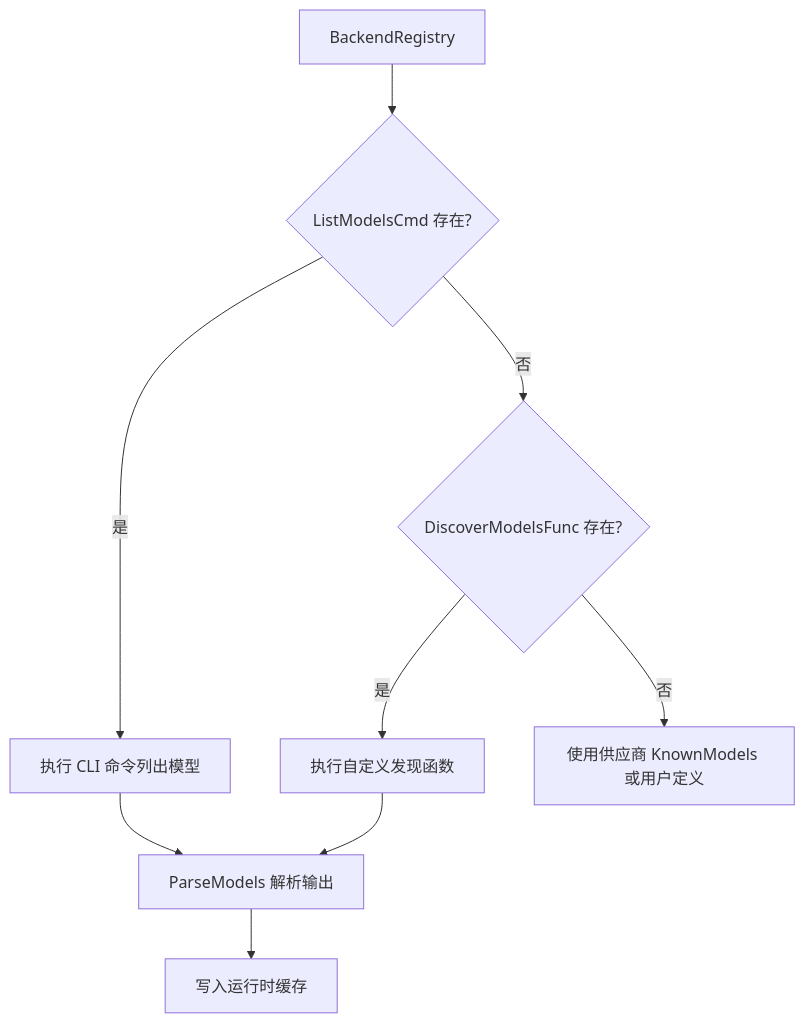
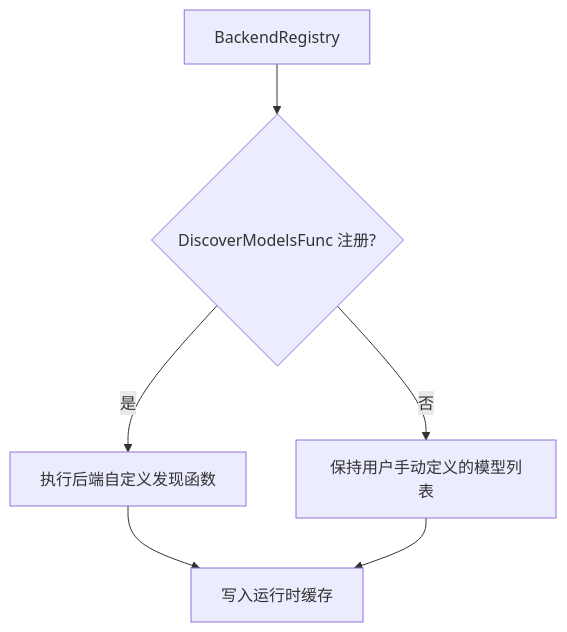
Before and after one commit to clawbench-dev/clawbench: the second of 2 diagrams in docs/spec/infra/config-and-discovery.md, drawn with Mermaid. The commit also changed other lines of this file and 9 other files, not shown here.

````diff
--- a/docs/spec/infra/config-and-discovery.md
+++ b/docs/spec/infra/config-and-discovery.md
@@ -22,12 +22,9 @@
 ```mermaid
 flowchart TD
-    A[BackendRegistry] --> B{ListModelsCmd 存在?}
-    B -->|是| C[执行 CLI 命令列出模型]
-    B -->|否| D{DiscoverModelsFunc 存在?}
-    D -->|是| E[执行自定义发现函数]
-    D -->|否| F[使用供应商 KnownModels 或用户定义]
+    A[BackendRegistry] --> B{DiscoverModelsFunc 注册?}
+    B -->|是| C[执行后端自定义发现函数]
+    B -->|否| D[保持用户手动定义的模型列表]
 
-    C --> G[ParseModels 解析输出]
-    E --> G
-    G --> H[写入运行时缓存]
+    C --> E[写入运行时缓存]
+    D --> E
 ```
````
